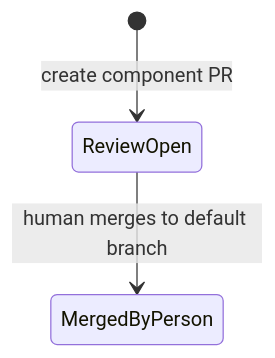
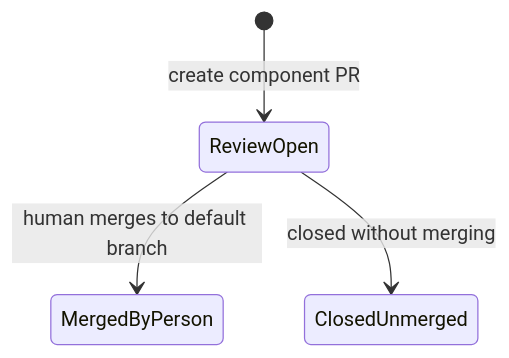
Before and after one commit to vishalc412/bible-mode-b-test: the fifth of 5 diagrams in codebase-analysis/hld/04-data-architecture.md, drawn with Mermaid. The commit also changed other lines of this file and 32 other files, not shown here.

````diff
--- a/codebase-analysis/hld/04-data-architecture.md
+++ b/codebase-analysis/hld/04-data-architecture.md
@@ -137,5 +138,6 @@
 ```mermaid
 stateDiagram-v2
   [*] --> ReviewOpen : create component PR
   ReviewOpen --> MergedByPerson : human merges to default branch
+  ReviewOpen --> ClosedUnmerged : closed without merging
 ```
````
